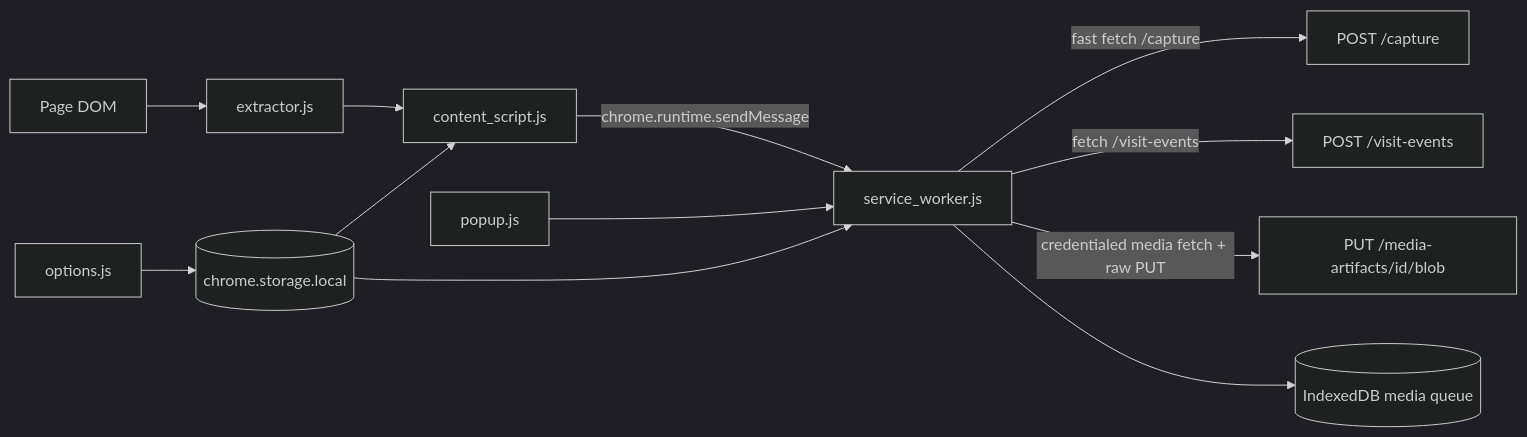
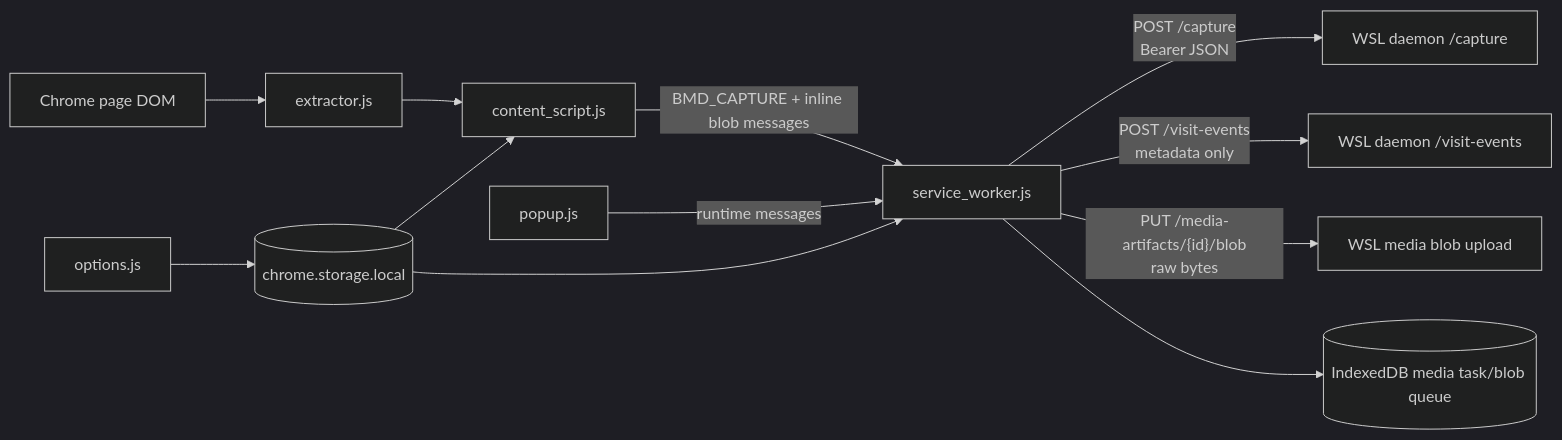
One commit to michaelnicks0/browser-memory-daemon changed the first of 8 diagrams in docs/DIAGRAMS.md. Above: the diagram before and after it, drawn with Mermaid (dark theme). The commit also changed other lines of this file and 105 other files, not shown here.

Commit message:
docs: reconcile C4 and behavioral diagrams

````diff
--- a/docs/DIAGRAMS.md
+++ b/docs/DIAGRAMS.md
@@ -33,14 +28,14 @@
 ```mermaid
 flowchart LR
-  Page[Page DOM] --> Extractor[extractor.js]
-  Extractor --> Content[content_script.js]
-  Content -->|chrome.runtime.sendMessage| ServiceWorker[service_worker.js]
-  ServiceWorker -->|fast fetch /capture| DaemonCapture[POST /capture]
-  ServiceWorker -->|fetch /visit-events| DaemonVisit[POST /visit-events]
-  ServiceWorker -->|credentialed media fetch + raw PUT| DaemonMedia["PUT /media-artifacts/id/blob"]
-  ServiceWorker --> IDB[(IndexedDB media queue)]
-  Popup[popup.js] --> ServiceWorker
-  Options[options.js] --> Storage[(chrome.storage.local)]
+  Page["Chrome page DOM"] --> Extractor["extractor.js"]
+  Extractor --> Content["content_script.js"]
+  Content -->|"BMD_CAPTURE + inline blob messages"| ServiceWorker["service_worker.js"]
+  ServiceWorker -->|"POST /capture<br/>Bearer JSON"| DaemonCapture["WSL daemon /capture"]
+  ServiceWorker -->|"POST /visit-events<br/>metadata only"| DaemonVisit["WSL daemon /visit-events"]
+  ServiceWorker -->|"PUT /media-artifacts/{id}/blob<br/>raw bytes"| DaemonMedia["WSL media blob upload"]
+  ServiceWorker --> IDB[("IndexedDB media task/blob queue")]
+  Popup["popup.js"] -->|"runtime messages"| ServiceWorker
+  Options["options.js"] --> Storage[("chrome.storage.local")]
   Storage --> Content
   Storage --> ServiceWorker
 ```
````
